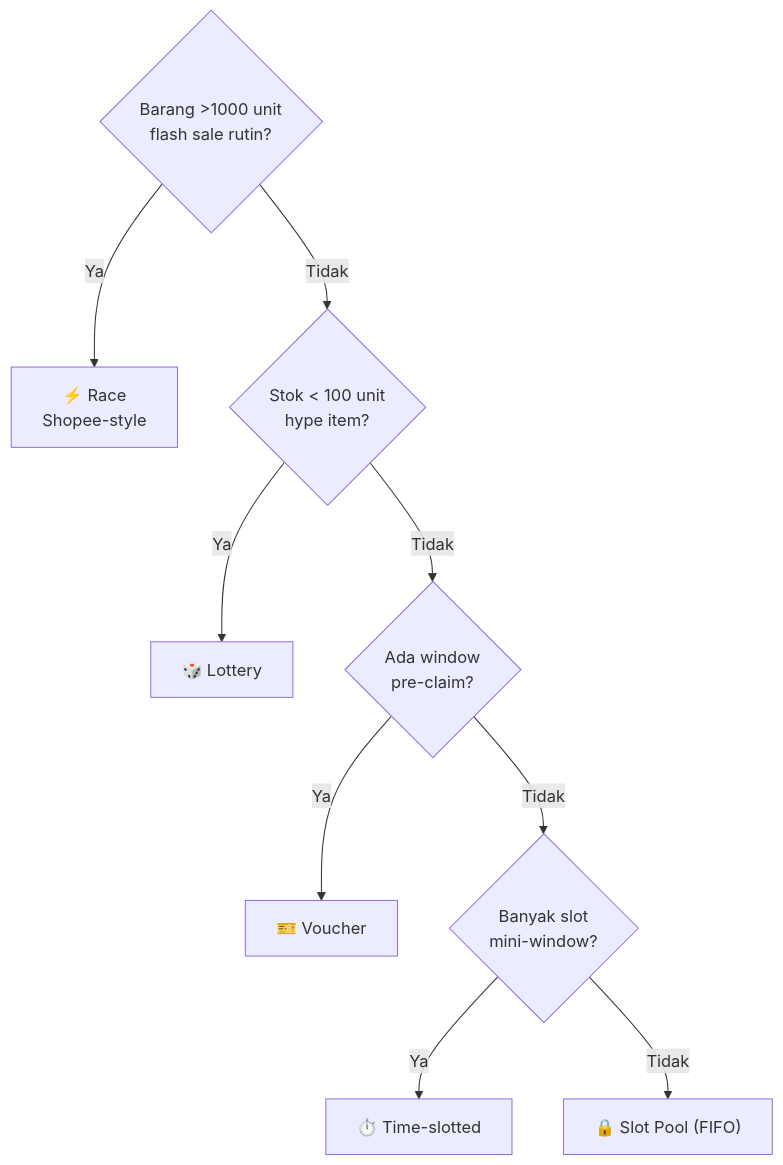
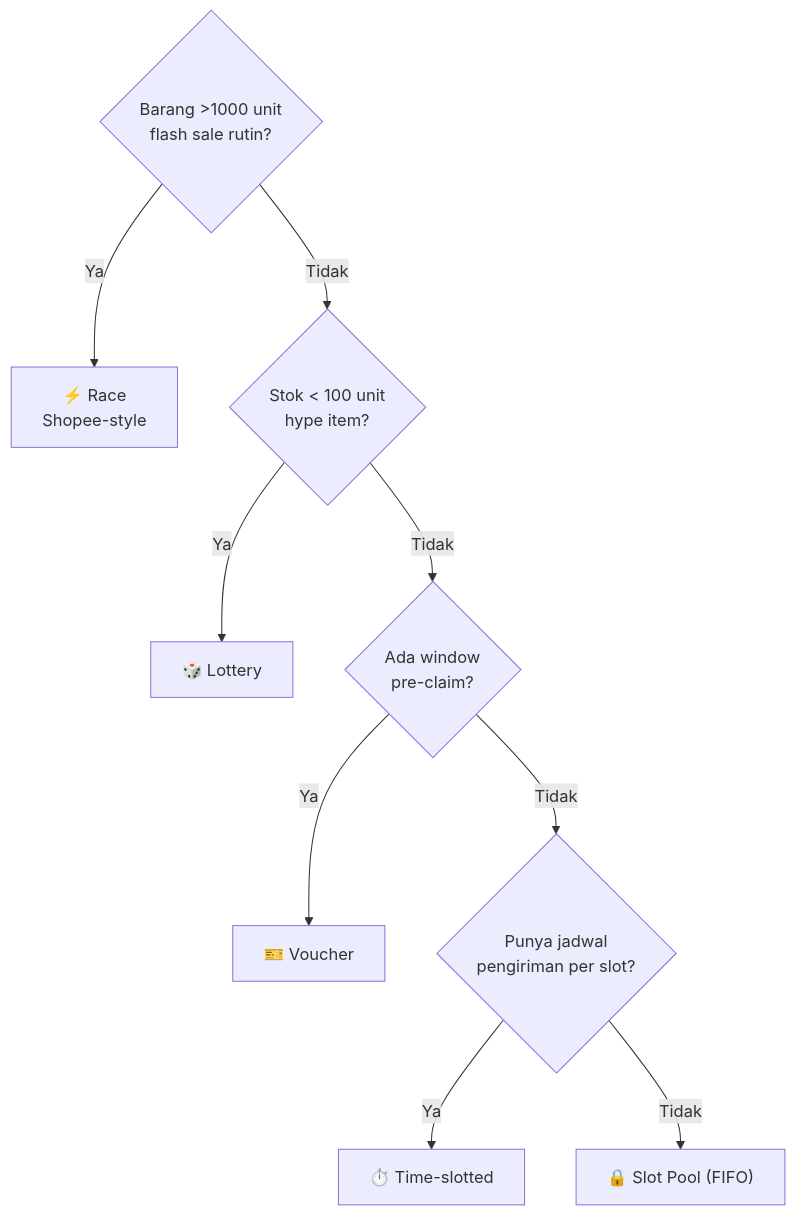
The sixth of 10 diagrams in book/id/08-qcommerce/flash-sale.md (faisalaffan/faisalaffan-design-system), drawn with Mermaid before and after one commit. The commit also changed other lines of this file, not shown here.

First line of the commit message:
refactor(docs): consolidate architecture diagrams, add Lua race visualization

````diff
--- a/book/id/08-qcommerce/flash-sale.md
+++ b/book/id/08-qcommerce/flash-sale.md
@@ -70,11 +70,11 @@
 ```mermaid
 flowchart TD
     Q0{"Barang >1000 unit<br/>flash sale rutin?"} -->|Ya| R["⚡ Race<br/>Shopee-style"]
     Q0 -->|Tidak| Q1{"Stok < 100 unit<br/>hype item?"}
     Q1 -->|Ya| L["🎲 Lottery"]
     Q1 -->|Tidak| Q3{"Ada window<br/>pre-claim?"}
     Q3 -->|Ya| V["🎫 Voucher"]
-    Q3 -->|Tidak| Q4{"Banyak slot<br/>mini-window?"}
+    Q3 -->|Tidak| Q4{"Punya jadwal<br/>pengiriman per slot?"}
     Q4 -->|Ya| T["⏱️ Time-slotted"]
     Q4 -->|Tidak| S["🔒 Slot Pool (FIFO)"]
 ```
````
